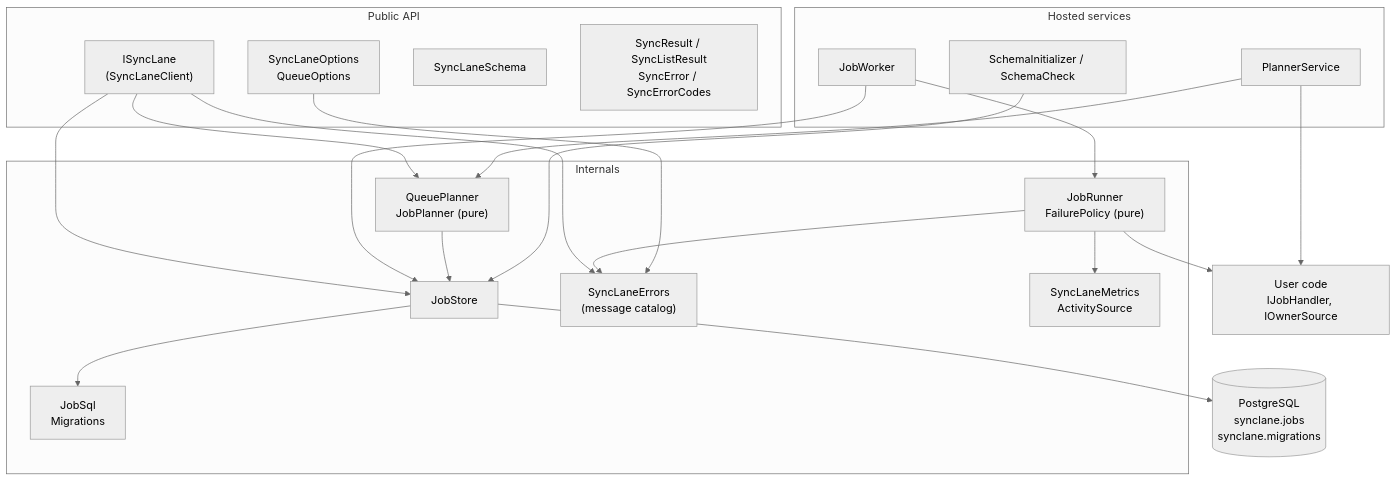
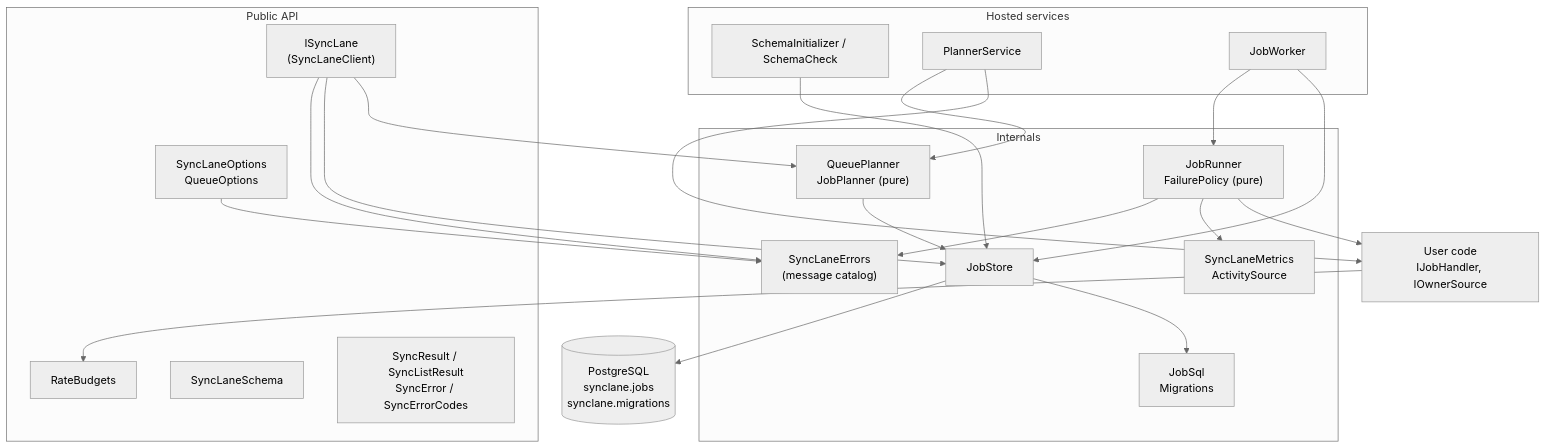
One commit to ferhatblnk/synclane changed the diagram in ARCHITECTURE.md. Above: the diagram before and after it, drawn with Mermaid (neutral theme). The commit also changed other lines of this file and 36 other files, not shown here.

````diff
--- a/ARCHITECTURE.md
+++ b/ARCHITECTURE.md
@@ -24,43 +24,45 @@
 ```mermaid
 flowchart TB
     subgraph Public["Public API"]
         client["ISyncLane<br/>(SyncLaneClient)"]
         options["SyncLaneOptions<br/>QueueOptions"]
+        budgets["RateBudgets"]
         schema["SyncLaneSchema"]
         results["SyncResult / SyncListResult<br/>SyncError / SyncErrorCodes"]
     end
 
     subgraph Hosted["Hosted services"]
         init["SchemaInitializer / SchemaCheck"]
         plannerSvc["PlannerService"]
         worker["JobWorker"]
     end
 
     subgraph Core["Internals"]
         planner["QueuePlanner<br/>JobPlanner (pure)"]
         runner["JobRunner<br/>FailurePolicy (pure)"]
         store["JobStore"]
         sql["JobSql<br/>Migrations"]
         errors["SyncLaneErrors<br/>(message catalog)"]
         telemetry["SyncLaneMetrics<br/>ActivitySource"]
     end
 
     user["User code<br/>IJobHandler, IOwnerSource"]
     db[("PostgreSQL<br/>synclane.jobs<br/>synclane.migrations")]
 
     client --> planner
     client --> store
     plannerSvc --> user
     plannerSvc --> planner
     worker --> store
     worker --> runner
     runner --> user
     runner --> telemetry
+    user --> budgets
     planner --> store
     init --> store
     store --> sql
     store --> db
     client --> errors
     runner --> errors
     options --> errors
 ```
````
